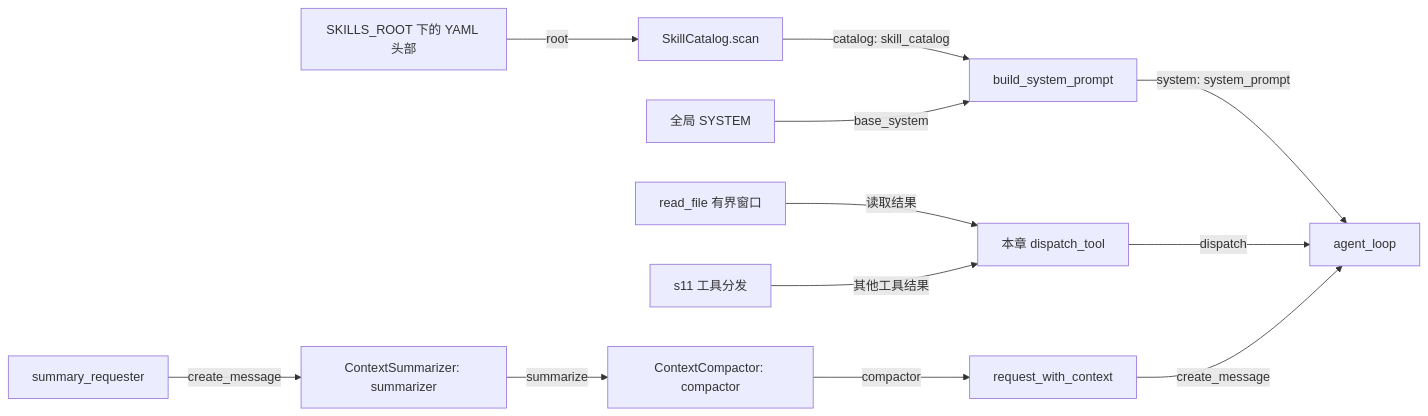
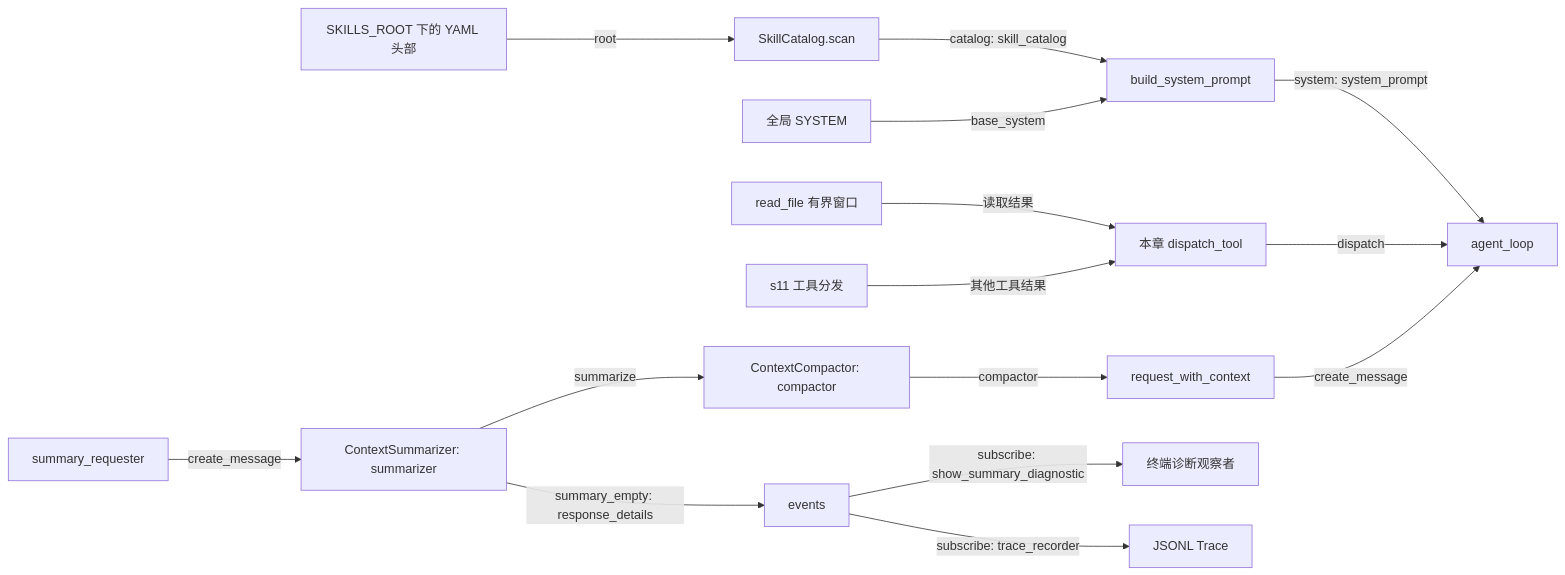
Before and after one commit to liuying151203-create/zero2pi: the second of 2 diagrams in s12_skill_loading/README.md, drawn with Mermaid. The commit also changed other lines of this file and 3 other files, not shown here.

Commit message:
feat(s12): add empty-summary diagnostics / 新增空摘要响应诊断

````diff
--- a/s12_skill_loading/README.md
+++ b/s12_skill_loading/README.md
@@ -50,14 +52,17 @@
 ```mermaid
 flowchart LR
     A[SKILLS_ROOT 下的 YAML 头部] -->|root| B[SkillCatalog.scan]
     B -->|catalog: skill_catalog| C[build_system_prompt]
     D[全局 SYSTEM] -->|base_system| C
     C -->|system: system_prompt| E[agent_loop]
     F[本章 dispatch_tool] -->|dispatch| E
     G[read_file 有界窗口] -->|读取结果| F
     H[s11 工具分发] -->|其他工具结果| F
     I[summary_requester] -->|create_message| J[ContextSummarizer: summarizer]
     J -->|summarize| K[ContextCompactor: compactor]
     K -->|compactor| L[request_with_context]
     L -->|create_message| E
+    J -->|summary_empty: response_details| M[events]
+    M -->|subscribe: show_summary_diagnostic| N[终端诊断观察者]
+    M -->|subscribe: trace_recorder| O[JSONL Trace]
 ```
````
